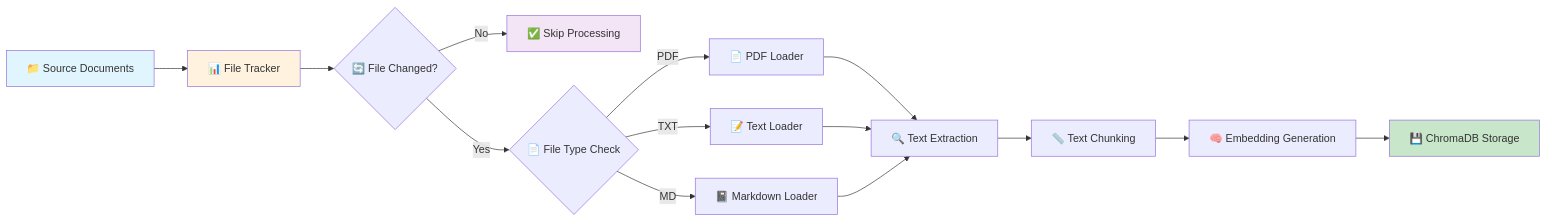
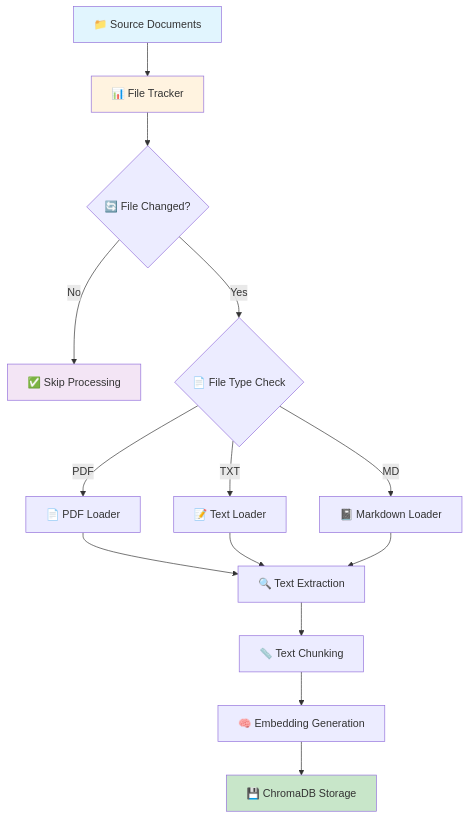
One commit to deepanshudave/rag-langchain-demo changed the first of 2 diagrams in README.md. Above: the diagram before and after it, drawn with Mermaid. The commit also changed other lines of this file, not shown here.

````diff
--- a/README.md
+++ b/README.md
@@ -23,24 +23,24 @@
 ```mermaid
-graph LR
+graph TD
     A[📁 Source Documents] --> B[📊 File Tracker]
     B --> C{🔄 File Changed?}
     C -->|No| D[✅ Skip Processing]
     C -->|Yes| E{📄 File Type Check}
     
     E -->|PDF| F[📄 PDF Loader]
     E -->|TXT| G[📝 Text Loader]
     E -->|MD| H[📓 Markdown Loader]
     
     F --> I[🔍 Text Extraction]
     G --> I
     H --> I
     
     I --> J[📏 Text Chunking]
     J --> K[🧠 Embedding Generation]
     K --> L[💾 ChromaDB Storage]
     
     style A fill:#e1f5fe
     style L fill:#c8e6c9
     style B fill:#fff3e0
     style D fill:#f3e5f5
 ```
````
